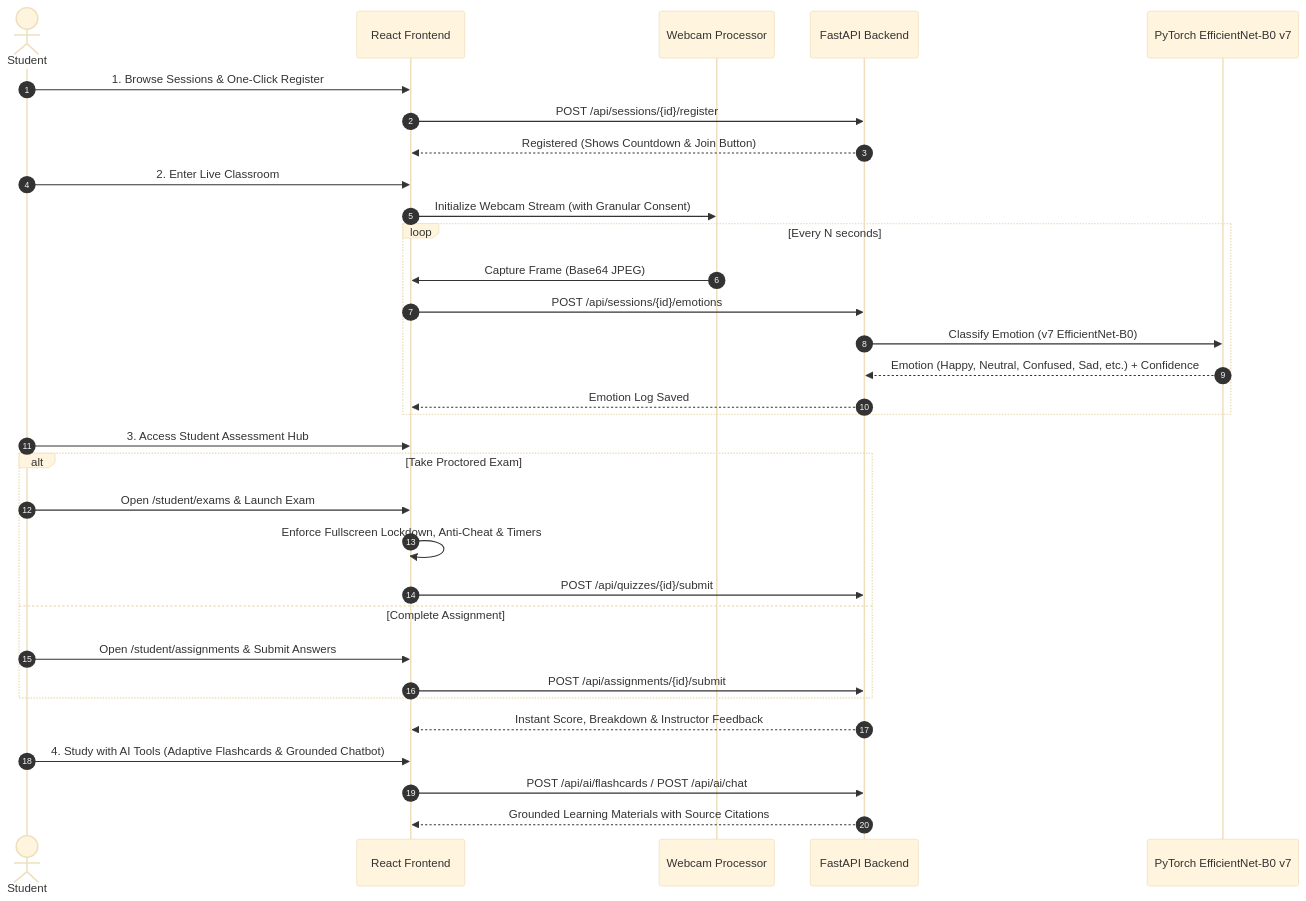
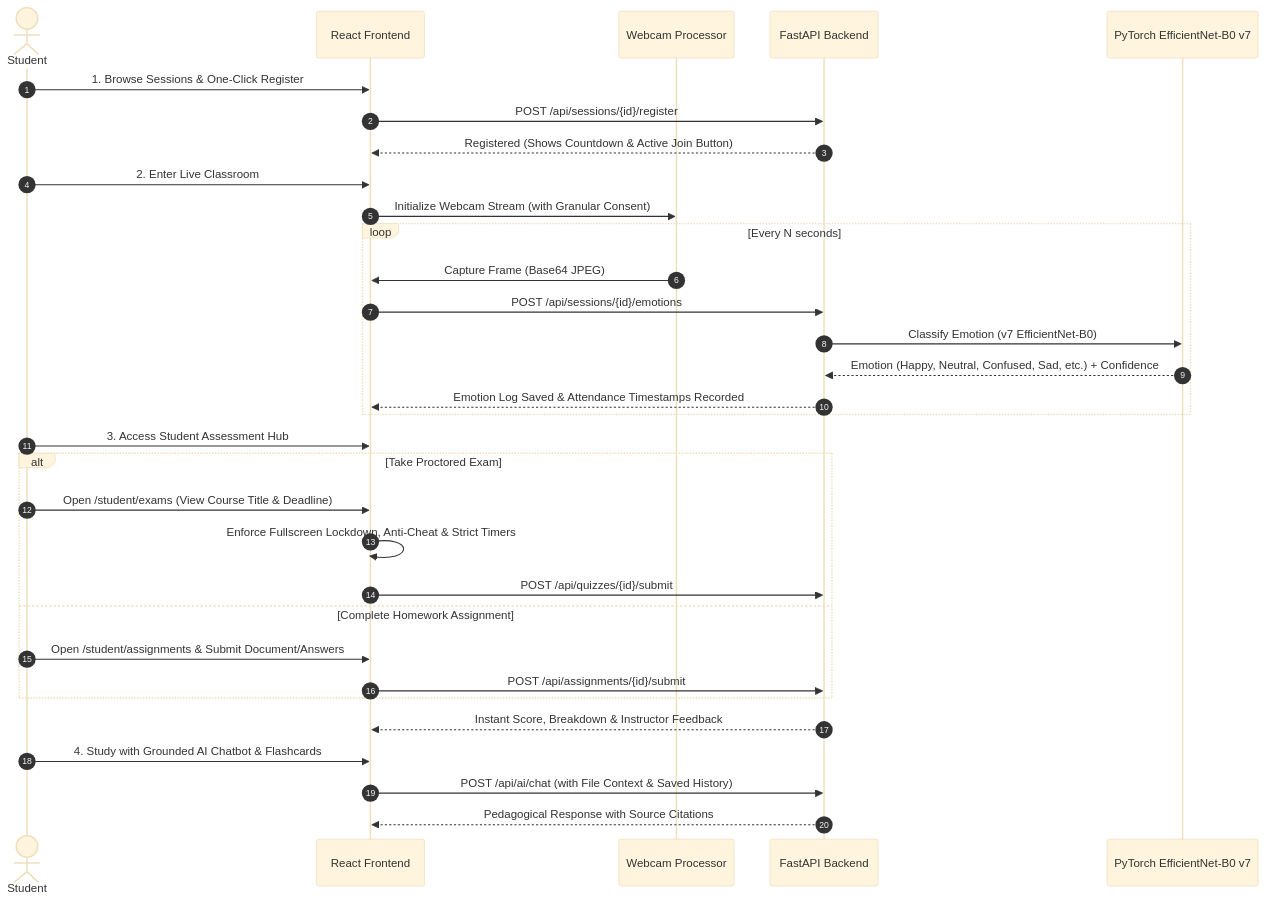
The second of 4 diagrams in README.md (adel-noufal/Edusense), drawn with Mermaid (base theme) before and after one commit. The commit also changed other lines of this file, not shown here.

Commit message:
docs(readme): comprehensive update for tasks 1-10, background architecture, and assessment hub

````diff
--- a/README.md
+++ b/README.md
@@ -87,35 +86,35 @@
 ```mermaid
 sequenceDiagram
   autonumber
   actor S as Student
   participant UI as React Frontend
   participant Cam as Webcam Processor
   participant API as FastAPI Backend
   participant ML as PyTorch EfficientNet-B0 v7
 
   S->>UI: 1. Browse Sessions & One-Click Register
   UI->>API: POST /api/sessions/{id}/register
-  API-->>UI: Registered (Shows Countdown & Join Button)
+  API-->>UI: Registered (Shows Countdown & Active Join Button)
   S->>UI: 2. Enter Live Classroom
   UI->>Cam: Initialize Webcam Stream (with Granular Consent)
   loop Every N seconds
     Cam->>UI: Capture Frame (Base64 JPEG)
     UI->>API: POST /api/sessions/{id}/emotions
     API->>ML: Classify Emotion (v7 EfficientNet-B0)
     ML-->>API: Emotion (Happy, Neutral, Confused, Sad, etc.) + Confidence
-    API-->>UI: Emotion Log Saved
+    API-->>UI: Emotion Log Saved & Attendance Timestamps Recorded
   end
   S->>UI: 3. Access Student Assessment Hub
   alt Take Proctored Exam
-    S->>UI: Open /student/exams & Launch Exam
-    UI->>UI: Enforce Fullscreen Lockdown, Anti-Cheat & Timers
+    S->>UI: Open /student/exams (View Course Title & Deadline)
+    UI->>UI: Enforce Fullscreen Lockdown, Anti-Cheat & Strict Timers
     UI->>API: POST /api/quizzes/{id}/submit
-  else Complete Assignment
-    S->>UI: Open /student/assignments & Submit Answers
+  else Complete Homework Assignment
+    S->>UI: Open /student/assignments & Submit Document/Answers
     UI->>API: POST /api/assignments/{id}/submit
   end
   API-->>UI: Instant Score, Breakdown & Instructor Feedback
-  S->>UI: 4. Study with AI Tools (Adaptive Flashcards & Grounded Chatbot)
-  UI->>API: POST /api/ai/flashcards / POST /api/ai/chat
-  API-->>UI: Grounded Learning Materials with Source Citations
+  S->>UI: 4. Study with Grounded AI Chatbot & Flashcards
+  UI->>API: POST /api/ai/chat (with File Context & Saved History)
+  API-->>UI: Pedagogical Response with Source Citations
 ```
````
